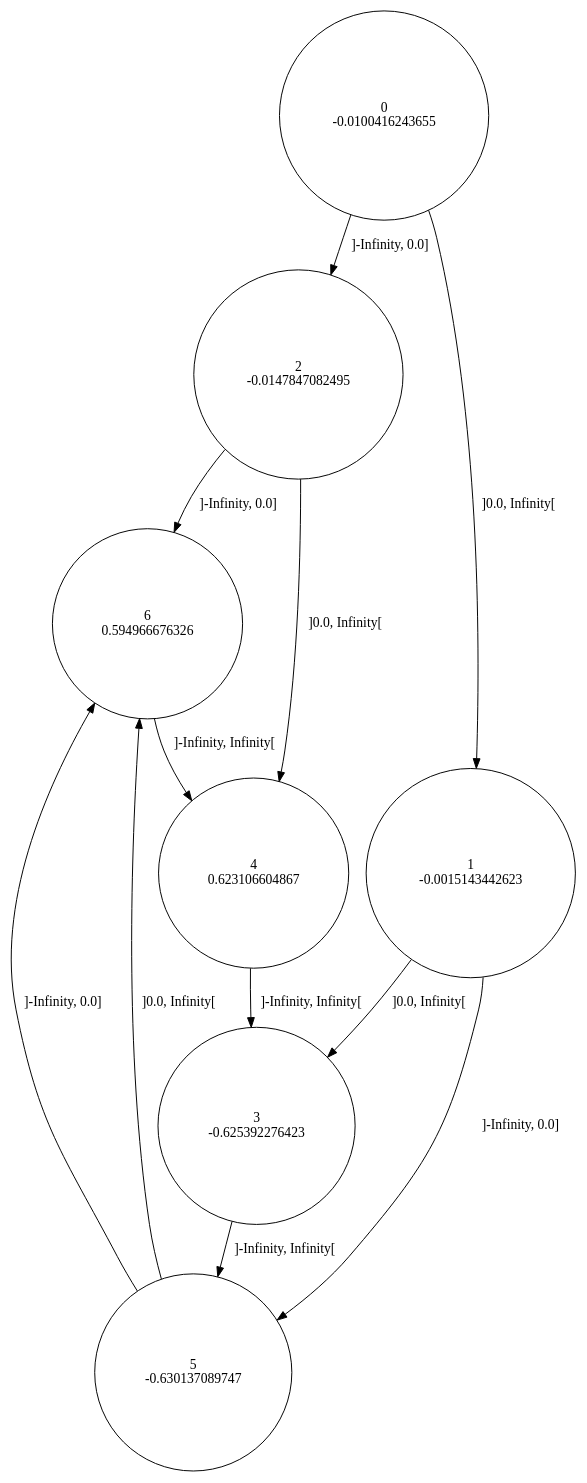
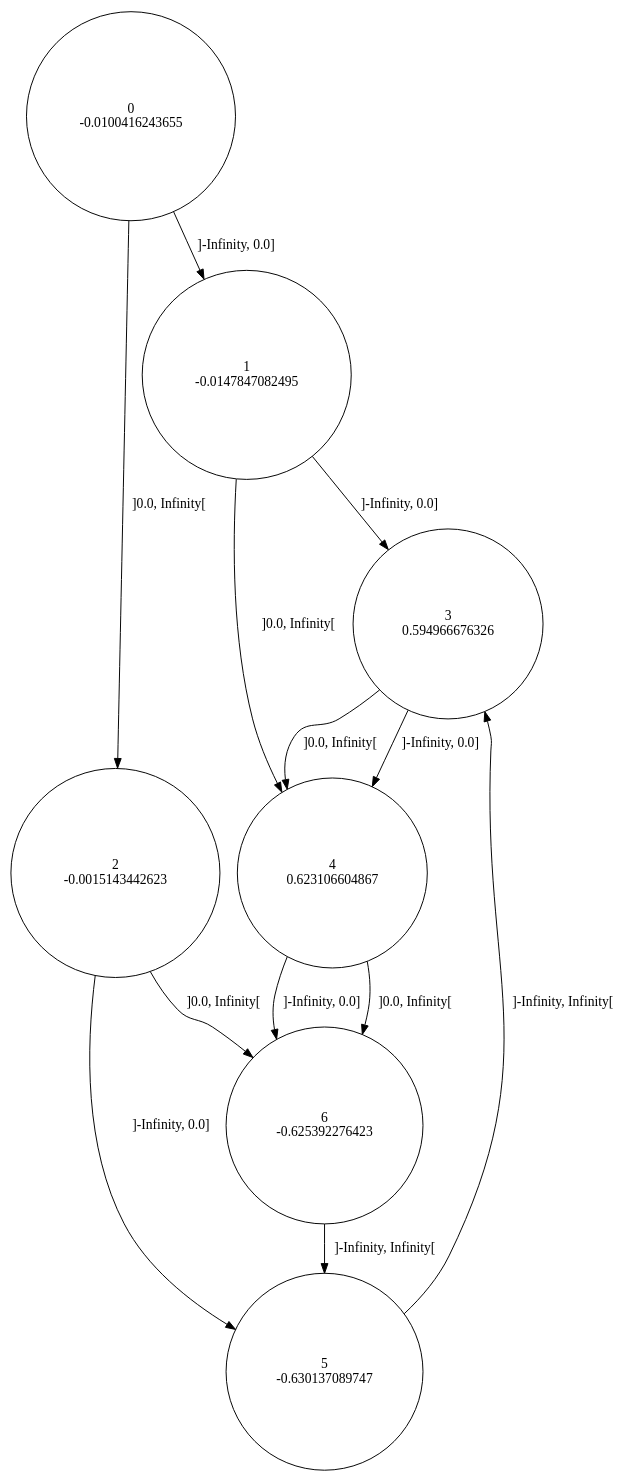
The diagram in sinus/data/8/rtisy.dot (gllpellegrino/RAI_experiments), drawn with Graphviz before and after one commit. The commit also changed 168 other files, not shown here.

```diff
--- a/sinus/data/8/rtisy.dot
+++ b/sinus/data/8/rtisy.dot
@@ -1,20 +1,21 @@
 digraph a {
 0 [shape=circle, label="0\n-0.0100416243655"];
-	0 -> 2 [label="]-Infinity, 0.0]"];
-	0 -> 1 [label="]0.0, Infinity["];
-1 [shape=circle, label="1\n-0.0015143442623"];
-	1 -> 5 [label="]-Infinity, 0.0]"];
-	1 -> 3 [label="]0.0, Infinity["];
-2 [shape=circle, label="2\n-0.0147847082495"];
-	2 -> 6 [label="]-Infinity, 0.0]"];
-	2 -> 4 [label="]0.0, Infinity["];
-3 [shape=circle, label="3\n-0.625392276423"];
-	3 -> 5 [label="]-Infinity, Infinity["];
+	0 -> 1 [label="]-Infinity, 0.0]"];
+	0 -> 2 [label="]0.0, Infinity["];
+1 [shape=circle, label="1\n-0.0147847082495"];
+	1 -> 3 [label="]-Infinity, 0.0]"];
+	1 -> 4 [label="]0.0, Infinity["];
+2 [shape=circle, label="2\n-0.0015143442623"];
+	2 -> 5 [label="]-Infinity, 0.0]"];
+	2 -> 6 [label="]0.0, Infinity["];
+3 [shape=circle, label="3\n0.594966676326"];
+	3 -> 4 [label="]-Infinity, 0.0]"];
+	3 -> 4 [label="]0.0, Infinity["];
 4 [shape=circle, label="4\n0.623106604867"];
-	4 -> 3 [label="]-Infinity, Infinity["];
+	4 -> 6 [label="]-Infinity, 0.0]"];
+	4 -> 6 [label="]0.0, Infinity["];
 5 [shape=circle, label="5\n-0.630137089747"];
-	5 -> 6 [label="]-Infinity, 0.0]"];
-	5 -> 6 [label="]0.0, Infinity["];
-6 [shape=circle, label="6\n0.594966676326"];
-	6 -> 4 [label="]-Infinity, Infinity["];
+	5 -> 3 [label="]-Infinity, Infinity["];
+6 [shape=circle, label="6\n-0.625392276423"];
+	6 -> 5 [label="]-Infinity, Infinity["];
 }
```
